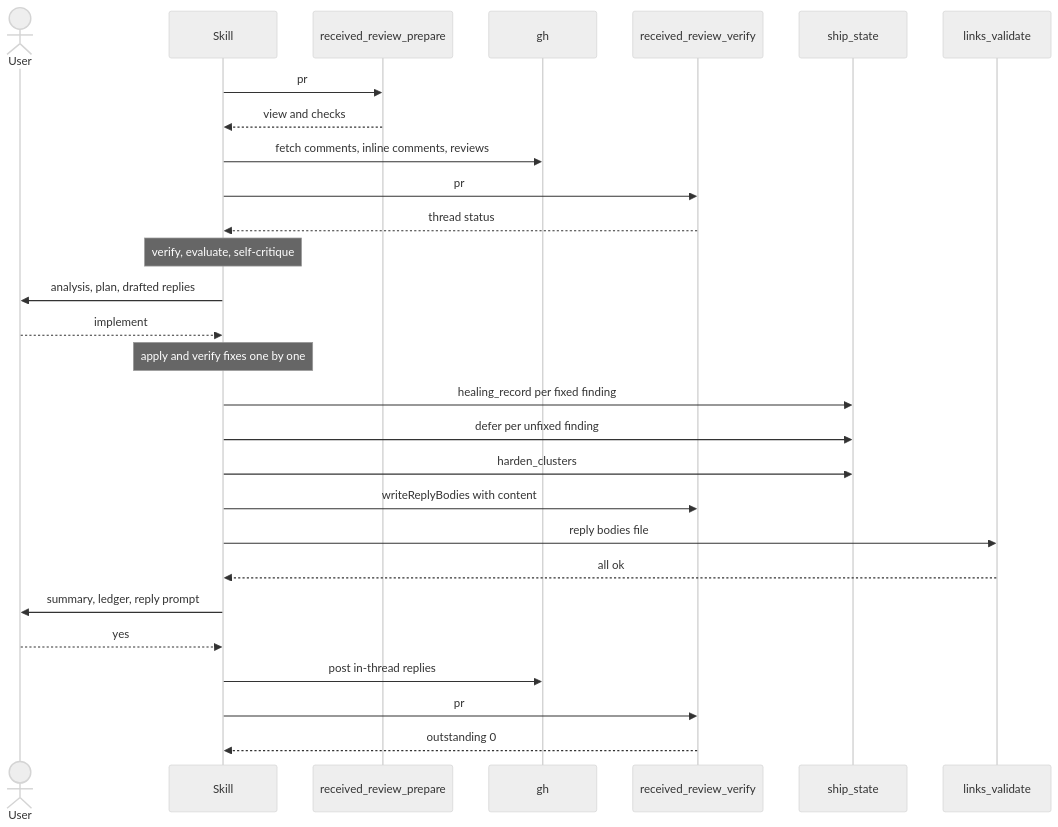
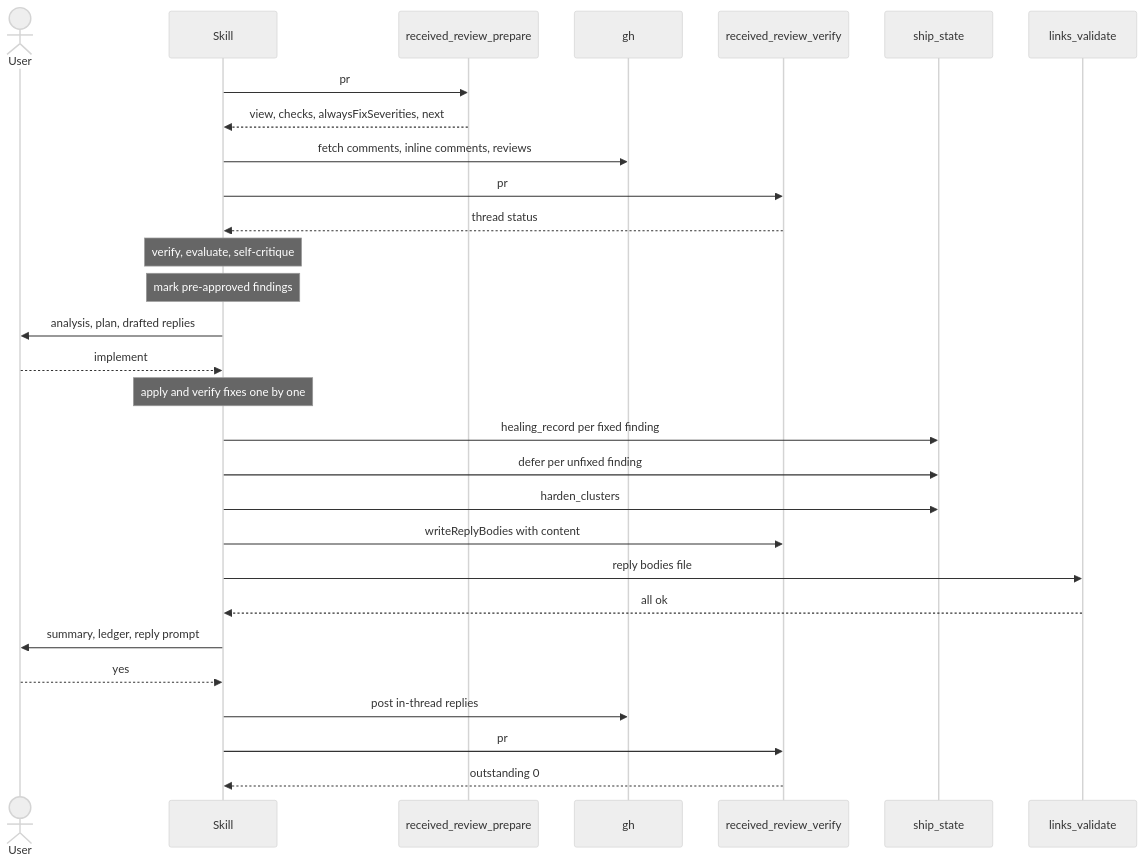
One commit to rnagrodzki/sdlc-plugin changed the first of 2 diagrams in openspec/specs/skill-received-review/spec.md. Above: the diagram before and after it, drawn with Mermaid (neutral theme). The commit also changed other lines of this file and 84 other files, not shown here.

````diff
--- a/openspec/specs/skill-received-review/spec.md
+++ b/openspec/specs/skill-received-review/spec.md
@@ -39,30 +40,31 @@
 ```mermaid
 sequenceDiagram
     actor User
     participant Skill
     participant RRP as received_review_prepare
     participant gh
     participant RRV as received_review_verify
     participant SS as ship_state
     participant LV as links_validate
     Skill->>RRP: pr
-    RRP-->>Skill: view and checks
+    RRP-->>Skill: view, checks, alwaysFixSeverities, next
     Skill->>gh: fetch comments, inline comments, reviews
     Skill->>RRV: pr
     RRV-->>Skill: thread status
     Note over Skill: verify, evaluate, self-critique
+    Note over Skill: mark pre-approved findings
     Skill->>User: analysis, plan, drafted replies
     User-->>Skill: implement
     Note over Skill: apply and verify fixes one by one
     Skill->>SS: healing_record per fixed finding
     Skill->>SS: defer per unfixed finding
     Skill->>SS: harden_clusters
     Skill->>RRV: writeReplyBodies with content
     Skill->>LV: reply bodies file
     LV-->>Skill: all ok
     Skill->>User: summary, ledger, reply prompt
     User-->>Skill: yes
     Skill->>gh: post in-thread replies
     Skill->>RRV: pr
     RRV-->>Skill: outstanding 0
 ```
````
